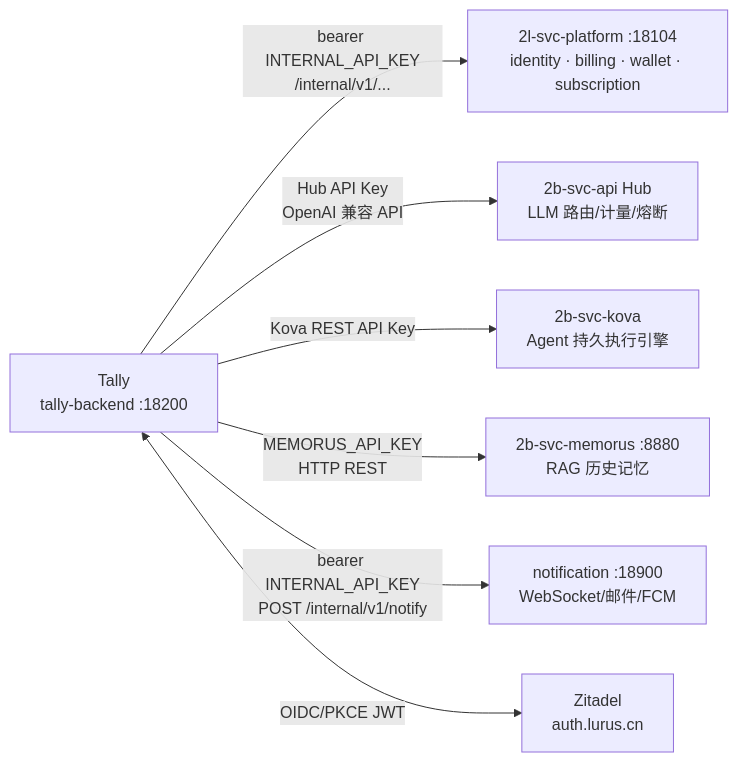
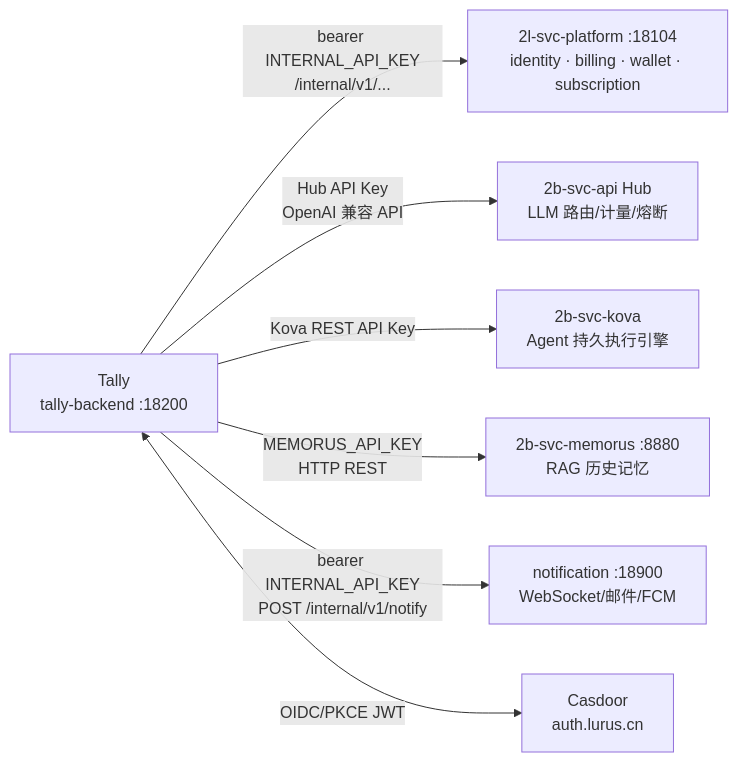
One commit to hanmahong5-arch/lurus-docs changed the third of 6 diagrams in internal/products/tally.md. Above: the diagram before and after it, drawn with Mermaid. The commit also changed other lines of this file and 30 other files, not shown here.

Commit message:
docs(internal): IdP 术语同步 Zitadel → Casdoor(vendor-neutral OIDC 迁移文档面)

````diff
--- a/internal/products/tally.md
+++ b/internal/products/tally.md
@@ -369,11 +369,11 @@
 ```mermaid
 graph LR
     T["Tally\ntally-backend :18200"]
 
     T -->|bearer INTERNAL_API_KEY\n/internal/v1/...| PLT["2l-svc-platform :18104\nidentity · billing · wallet · subscription"]
     T -->|Hub API Key\nOpenAI 兼容 API| HUB["2b-svc-api Hub\nLLM 路由/计量/熔断"]
     T -->|Kova REST API Key| KV["2b-svc-kova\nAgent 持久执行引擎"]
     T -->|MEMORUS_API_KEY\nHTTP REST| MEM["2b-svc-memorus :8880\nRAG 历史记忆"]
     T -->|bearer INTERNAL_API_KEY\nPOST /internal/v1/notify| NOTIF["notification :18900\nWebSocket/邮件/FCM"]
-    T <-->|OIDC/PKCE JWT| ZIT["Zitadel\nauth.lurus.cn"]
+    T <-->|OIDC/PKCE JWT| ZIT["Casdoor\nauth.lurus.cn"]
 ```
````
